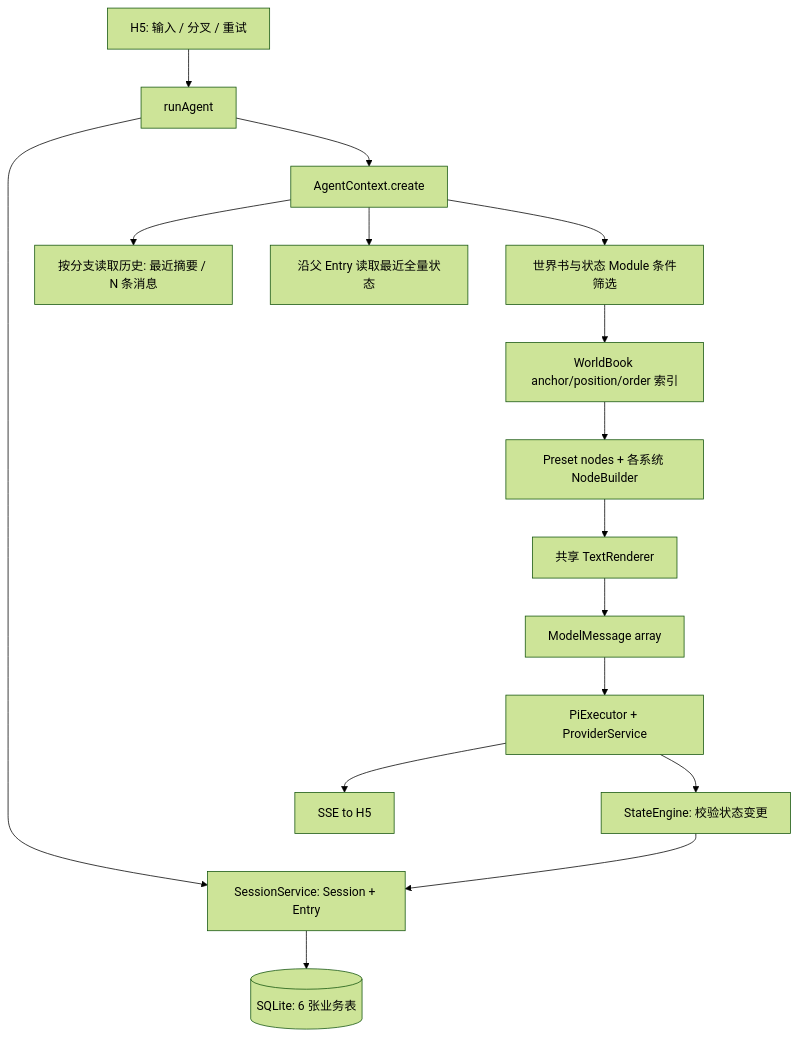
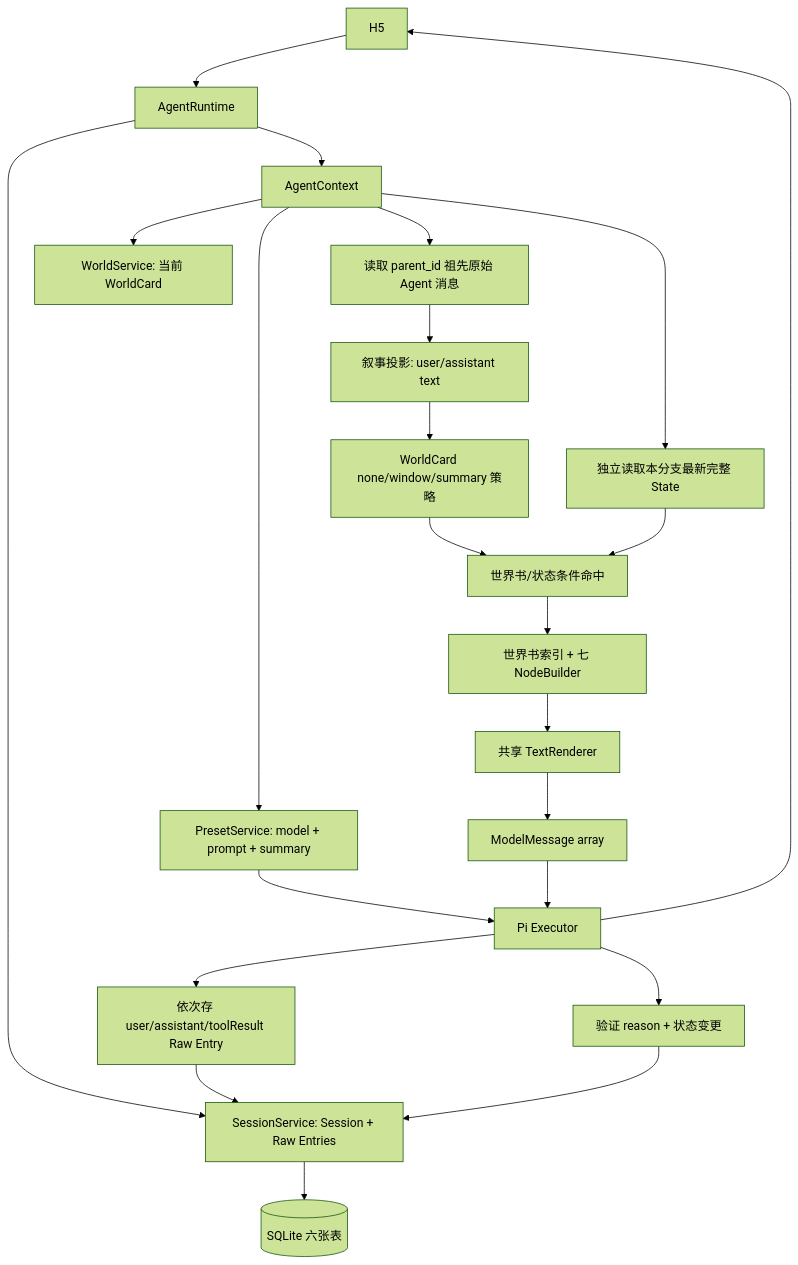
Before and after one commit to huiru-wang/SillyRealms: the diagram in docs/technical/architecture.md, drawn with Mermaid (forest theme). The commit also changed other lines of this file and 15 other files, not shown here.

```diff
--- a/docs/technical/architecture.md
+++ b/docs/technical/architecture.md
@@ -64,18 +83,25 @@
 ~~~mermaid
 flowchart TD
- UI[H5: 输入 / 分叉 / 重试] --> Runtime[runAgent]
- Runtime --> Session[SessionService: Session + Entry]
- Session --> DB[(SQLite: 6 张业务表)]
- Runtime --> Context[AgentContext.create]
- Context --> H[按分支读取历史: 最近摘要 / N 条消息]
- Context --> S[沿父 Entry 读取最近全量状态]
- Context --> L[世界书与状态 Module 条件筛选]
- L --> I[WorldBook anchor/position/order 索引]
- I --> N[Preset nodes + 各系统 NodeBuilder]
- N --> Render[共享 TextRenderer]
- Render --> Messages[ModelMessage array]
- Messages --> Pi[PiExecutor + ProviderService]
- Pi --> SSE[SSE to H5]
- Pi --> State[StateEngine: 校验状态变更]
- State --> Session
+  UI[H5] --> Runtime[AgentRuntime]
+  Runtime --> Sess[SessionService: Session + Raw Entries]
+  Sess --> DB[(SQLite 六张表)]
+  Runtime --> Ctx[AgentContext]
+  Ctx --> World[WorldService: 当前 WorldCard]
+  Ctx --> Preset[PresetService: model + prompt + summary]
+  Ctx --> Raw[读取 parent_id 祖先原始 Agent 消息]
+  Raw --> Projection[叙事投影: user/assistant text]
+  Projection --> Window[WorldCard none/window/summary 策略]
+  Ctx --> State[独立读取本分支最新完整 State]
+  Window --> Match[世界书/状态条件命中]
+  State --> Match
+  Match --> Nodes[世界书索引 + 七 NodeBuilder]
+  Nodes --> Renderer[共享 TextRenderer]
+  Renderer --> Messages[ModelMessage array]
+  Messages --> Pi[Pi Executor]
+  Preset --> Pi
+  Pi --> EntryWrites[依次存 user/assistant/toolResult Raw Entry]
+  EntryWrites --> Sess
+  Pi --> StateEngine[验证 reason + 状态变更]
+  StateEngine --> Sess
+  Pi --> UI
 ~~~
```
